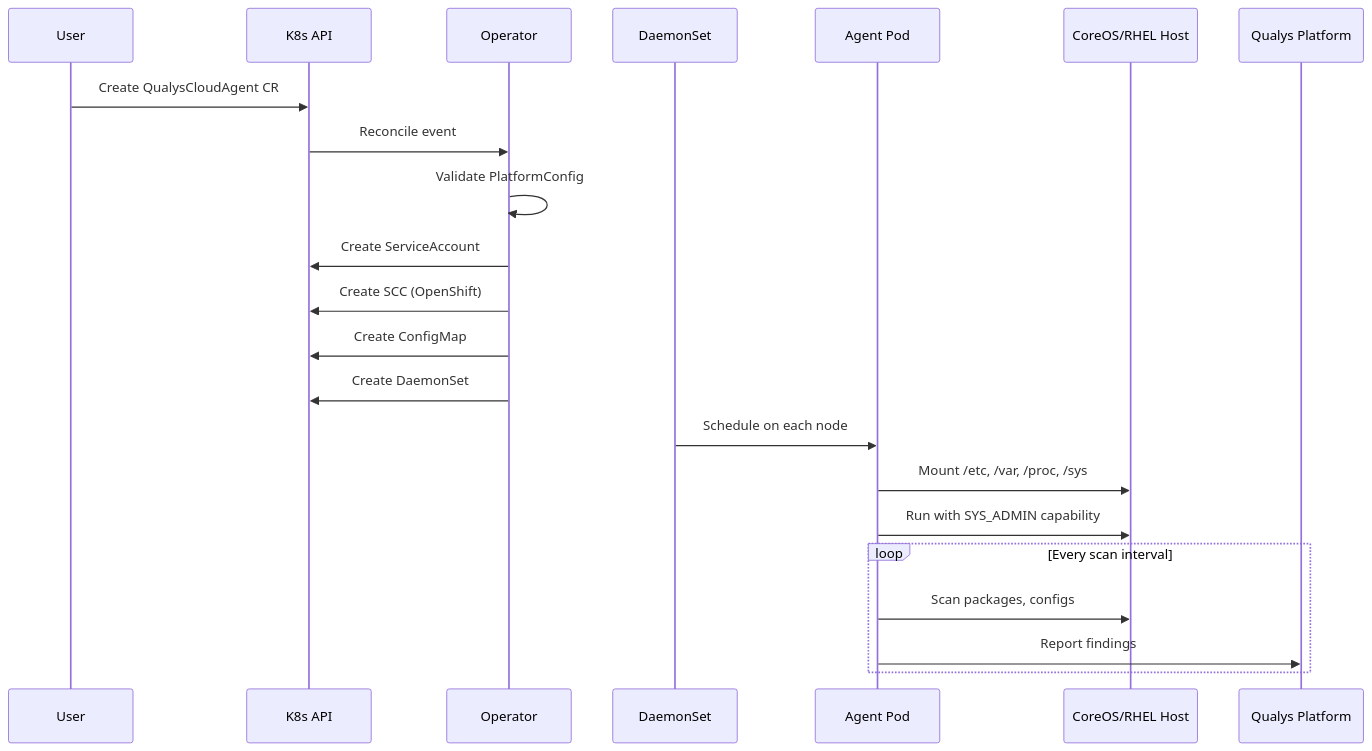
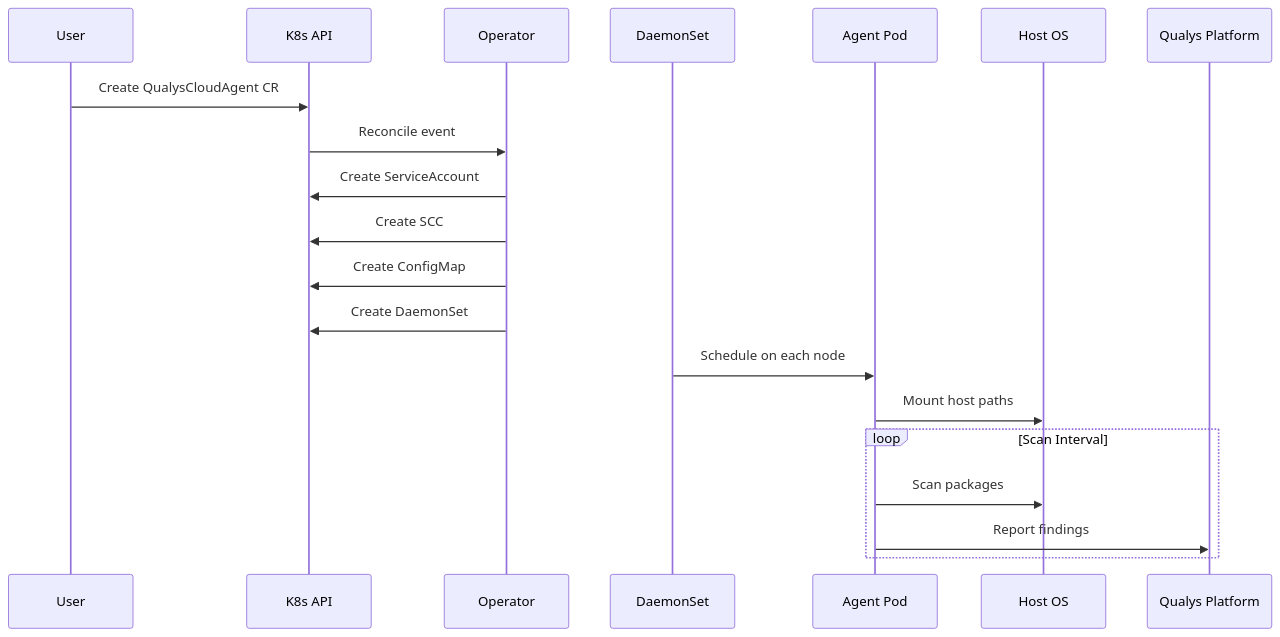
One commit to nelssec/qualys-nanny changed the third of 11 diagrams in docs/blog.md. Above: the diagram before and after it, drawn with Mermaid. The commit also changed other lines of this file and 15 other files, not shown here.

````diff
--- a/docs/blog.md
+++ b/docs/blog.md
@@ -82,25 +80,23 @@
 ```mermaid
 sequenceDiagram
     participant User
     participant API as K8s API
     participant Op as Operator
     participant DS as DaemonSet
     participant Pod as Agent Pod
-    participant Host as CoreOS/RHEL Host
+    participant Host as Host OS
     participant QP as Qualys Platform
 
     User->>API: Create QualysCloudAgent CR
     API->>Op: Reconcile event
-    Op->>Op: Validate PlatformConfig
     Op->>API: Create ServiceAccount
-    Op->>API: Create SCC (OpenShift)
+    Op->>API: Create SCC
     Op->>API: Create ConfigMap
     Op->>API: Create DaemonSet
     DS->>Pod: Schedule on each node
-    Pod->>Host: Mount /etc, /var, /proc, /sys
-    Pod->>Host: Run with SYS_ADMIN capability
-    loop Every scan interval
-        Pod->>Host: Scan packages, configs
+    Pod->>Host: Mount host paths
+    loop Scan Interval
+        Pod->>Host: Scan packages
         Pod->>QP: Report findings
     end
 ```
````
